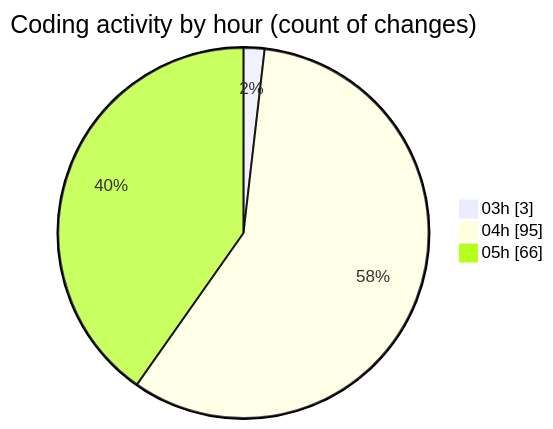
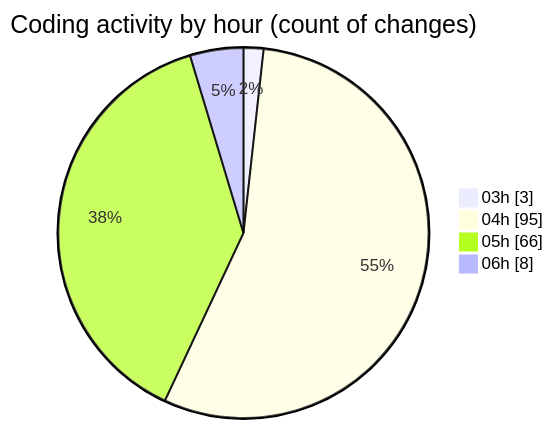
The second of 2 diagrams in 2025-01-03/tinycms/README.md (ernivani/code-tracking), drawn with Mermaid before and after one commit. The commit also changed other lines of this file and 3 other files, not shown here.

````diff
--- a/2025-01-03/tinycms/README.md
+++ b/2025-01-03/tinycms/README.md
@@ -58,7 +62,8 @@
 ```mermaid
 pie showData
 title Coding activity by hour (count of changes)
 "03h" : 3
 "04h" : 95
 "05h" : 66
+"06h" : 8
 ```
````
